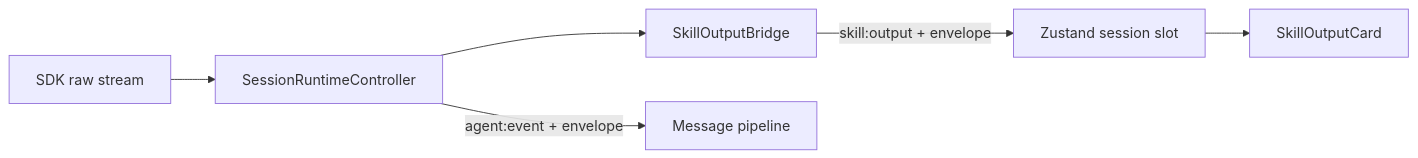
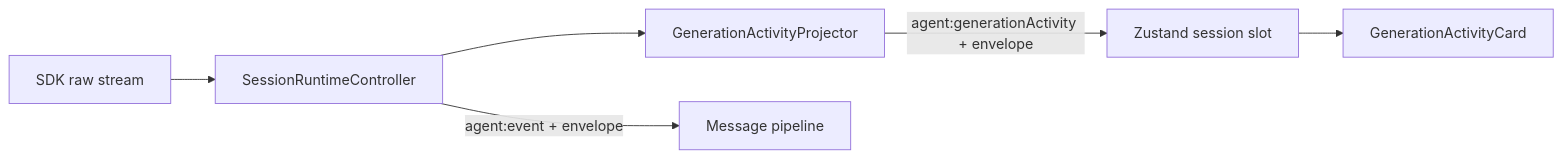
The diagram in src/main/skills/BUILTIN-SKILL-ARCHITECTURE.md (shuangmusuihua-source/vision-agent), drawn with Mermaid before and after one commit. The commit also changed other lines of this file and 26 other files, not shown here.

Commit message:
feat: stabilize live generation activity

````diff
--- a/src/main/skills/BUILTIN-SKILL-ARCHITECTURE.md
+++ b/src/main/skills/BUILTIN-SKILL-ARCHITECTURE.md
@@ -76,8 +76,8 @@
 ```mermaid
 flowchart LR
   SDK[SDK raw stream] --> Runtime[SessionRuntimeController]
-  Runtime --> Bridge[SkillOutputBridge]
-  Bridge -->|skill:output + envelope| Store[Zustand session slot]
-  Store --> Card[SkillOutputCard]
+  Runtime --> Projector[GenerationActivityProjector]
+  Projector -->|agent:generationActivity + envelope| Store[Zustand session slot]
+  Store --> Card[GenerationActivityCard]
   Runtime -->|agent:event + envelope| Messages[Message pipeline]
 ```
````
